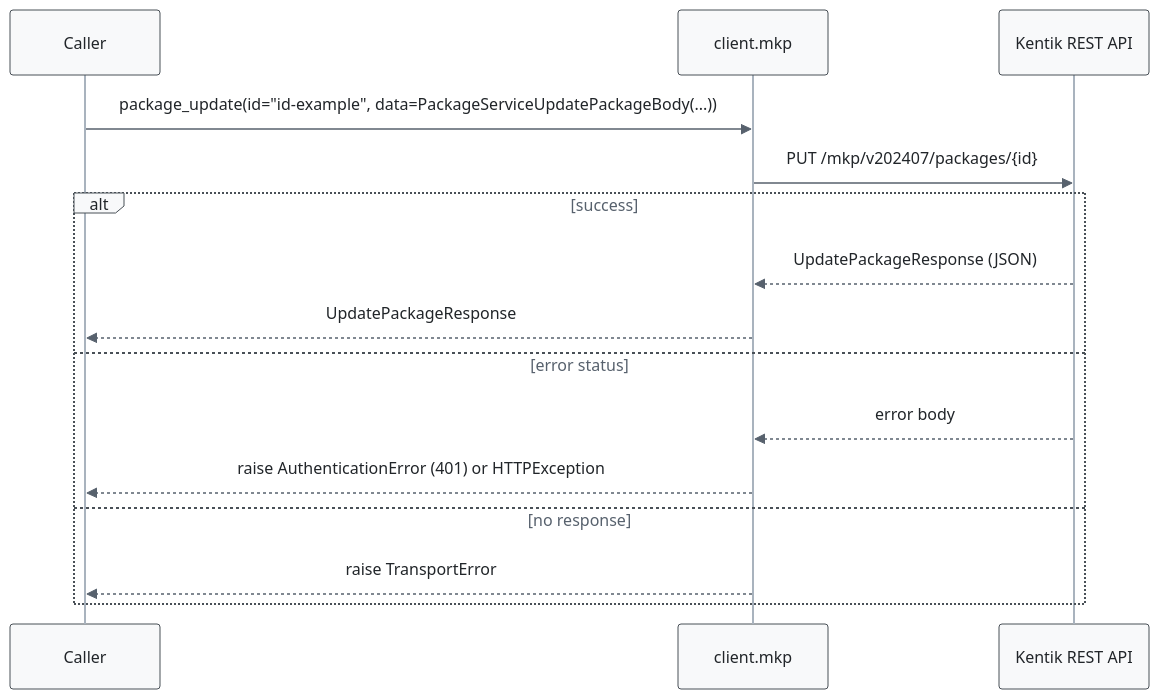
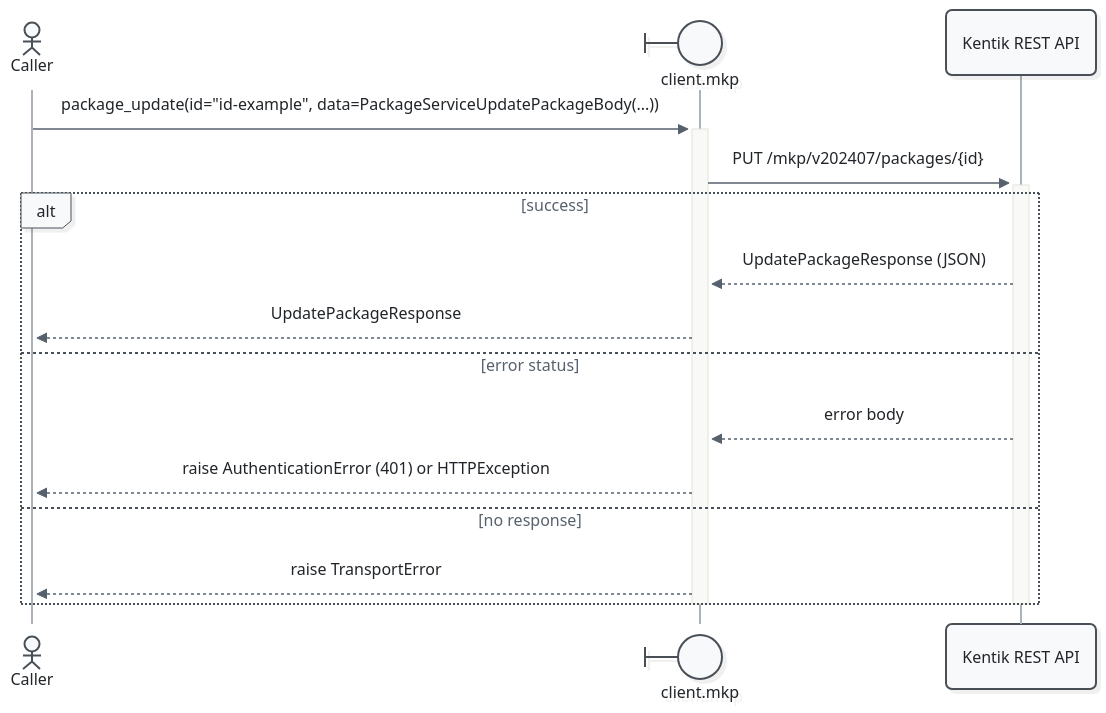
One commit to alexdearaujo/community_sdk_python changed the seventh of 29 diagrams in docs/sphinx/services/mkp.md. Above: the diagram before and after it, drawn with Mermaid. The commit also changed other lines of this file and 52 other files, not shown here.

First line of the commit message:
docs: Mermaid 12 sequence diagrams with participant types and path colors

````diff
--- a/docs/sphinx/services/mkp.md
+++ b/docs/sphinx/services/mkp.md
@@ -262,19 +277,21 @@
 ```mermaid
-%%{init: {"theme": "base", "fontFamily": "ui-monospace, SFMono-Regular, Menlo, monospace", "themeVariables": {"fontFamily": "ui-monospace, SFMono-Regular, Menlo, monospace", "primaryColor": "#f8f9fa", "primaryBorderColor": "#495057", "primaryTextColor": "#212529", "textColor": "#212529", "lineColor": "#77818c", "edgeLabelBackground": "#ffffff", "actorBkg": "#f8f9fa", "actorBorder": "#495057", "actorTextColor": "#212529", "actorLineColor": "#a9b3be", "signalColor": "#57616d", "signalTextColor": "#212529", "labelBoxBkgColor": "#f8f9fa", "labelBoxBorderColor": "#495057", "labelTextColor": "#212529", "loopTextColor": "#57616d", "noteBkgColor": "#fff9db", "noteBorderColor": "#f08c00", "noteTextColor": "#a35a00"}, "flowchart": {"curve": "step", "nodeSpacing": 30, "rankSpacing": 70, "wrappingWidth": 400}}}%%
+%%{init: {"theme": "redux", "look": "neo", "layout": "dagre", "fontFamily": "ui-monospace, SFMono-Regular, Menlo, monospace", "themeVariables": {"fontFamily": "ui-monospace, SFMono-Regular, Menlo, monospace", "primaryColor": "#f8f9fa", "primaryBorderColor": "#495057", "primaryTextColor": "#212529", "textColor": "#212529", "lineColor": "#77818c", "edgeLabelBackground": "#ffffff", "actorBkg": "#f8f9fa", "actorBorder": "#495057", "actorTextColor": "#212529", "actorLineColor": "#a9b3be", "signalColor": "#57616d", "signalTextColor": "#212529", "labelBoxBkgColor": "#f8f9fa", "labelBoxBorderColor": "#495057", "labelTextColor": "#212529", "loopTextColor": "#57616d", "noteBkgColor": "#fff9db", "noteBorderColor": "#f08c00", "noteTextColor": "#a35a00"}, "sequence": {"activationWidth": 16}, "flowchart": {"curve": "step", "nodeSpacing": 30, "rankSpacing": 70, "wrappingWidth": 400}}}%%
 sequenceDiagram
-    participant C as Caller
-    participant W as client.mkp
+    actor C as Caller
+    participant W@{ "type": "boundary" } as client.mkp
     participant API as Kentik REST API
 
-    C->>W: package_update(id="id-example", data=PackageServiceUpdatePackageBody(...))
-    W->>API: PUT /mkp/v202407/packages/{id}
+    C->>+W: package_update(id="id-example", data=PackageServiceUpdatePackageBody(...))
+    W->>+API: PUT /mkp/v202407/packages/{id}
     alt success
         API-->>W: UpdatePackageResponse (JSON)
         W-->>C: UpdatePackageResponse
     else error status
         API-->>W: error body
         W-->>C: raise AuthenticationError (401) or HTTPException
     else no response
         W-->>C: raise TransportError
     end
+    deactivate API
+    deactivate W
 ```
````
